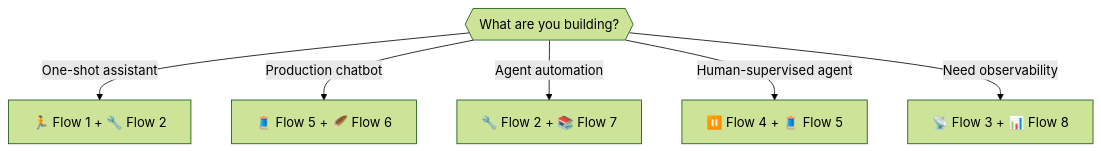
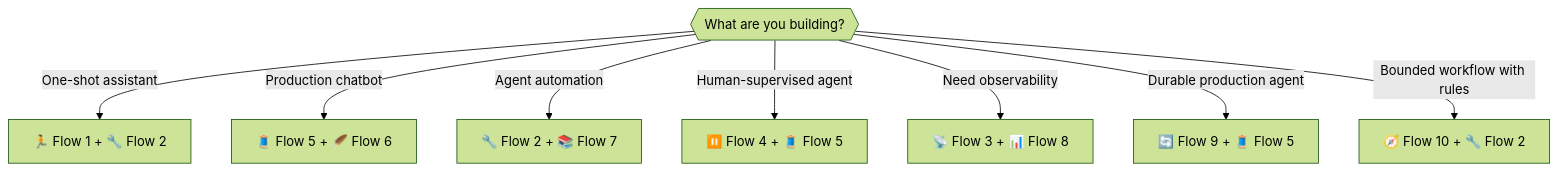
One commit to v8tix/react-agent changed the tenth of 22 diagrams in README.md. Above: the diagram before and after it, drawn with Mermaid (forest theme). The commit also changed other lines of this file and 32 other files, not shown here.

````diff
--- a/README.md
+++ b/README.md
@@ -272,10 +420,12 @@
 ```mermaid
 flowchart TD
     START{{"What are you building?"}}
 
     START -->|"One-shot assistant"| BASIC["🏃 Flow 1 + 🔧 Flow 2"]
     START -->|"Production chatbot"| CHAT["🧵 Flow 5 + 🪶 Flow 6"]
     START -->|"Agent automation"| AUTO["🔧 Flow 2 + 📚 Flow 7"]
     START -->|"Human-supervised agent"| SAFE["⏸️ Flow 4 + 🧵 Flow 5"]
     START -->|"Need observability"| OBS["📡 Flow 3 + 📊 Flow 8"]
+    START -->|"Durable production agent"| DURABLE["🔄 Flow 9 + 🧵 Flow 5"]
+    START -->|"Bounded workflow with rules"| CONTROL["🧭 Flow 10 + 🔧 Flow 2"]
 ```
````
